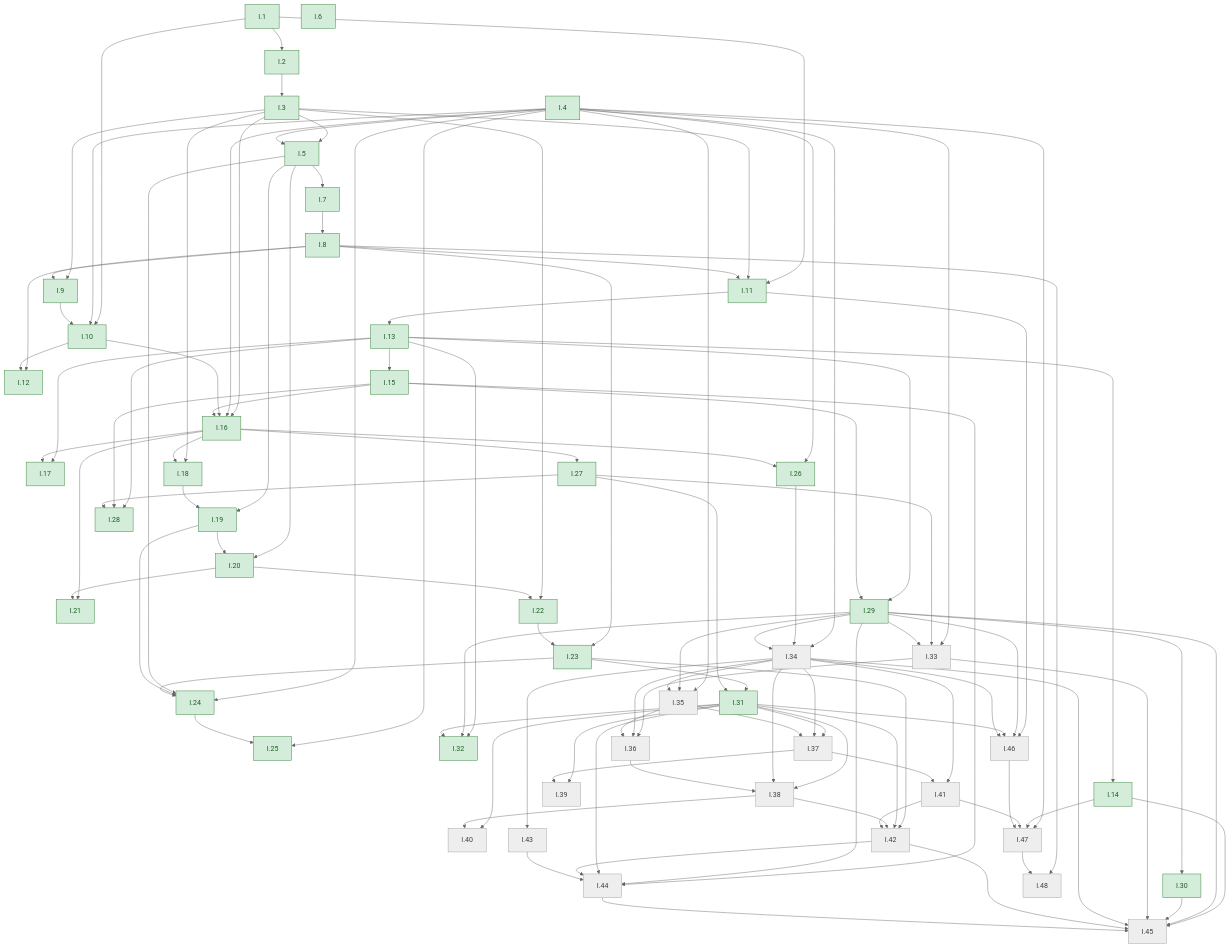
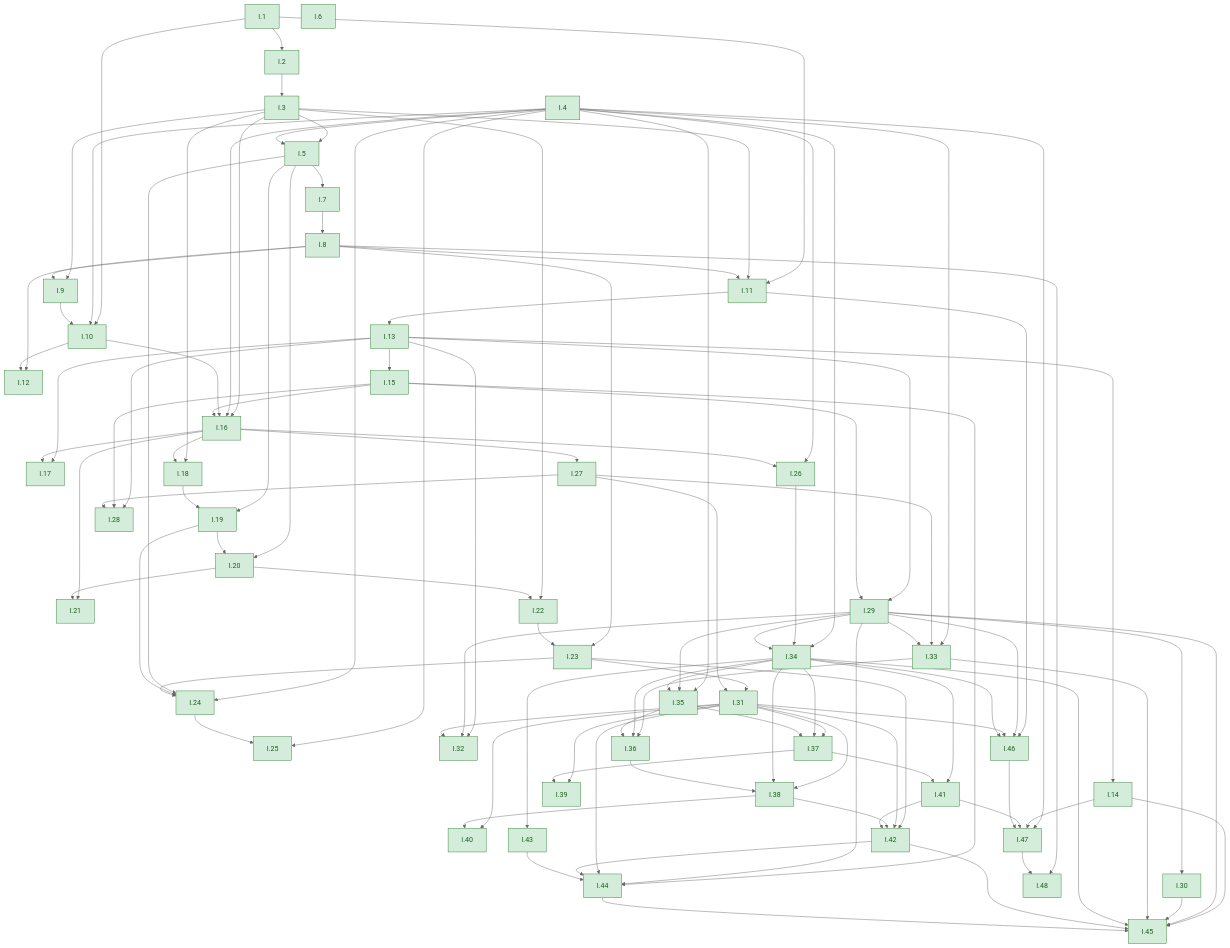
One commit to dodecaplex-co/stoicheia changed the diagram in GRAPH.md. Above: the diagram before and after it, drawn with Mermaid (neutral theme). The commit also changed 23 other files, not shown here.

````diff
--- a/GRAPH.md
+++ b/GRAPH.md
@@ -166,6 +166,5 @@
   I47 --> I48
   classDef proved fill:#d4edda,stroke:#2e7d32,color:#1b5e20
   classDef sketched fill:#eeeeee,stroke:#9e9e9e,color:#424242
-  class I1,I2,I3,I4,I5,I6,I7,I8,I9,I10,I11,I12,I13,I14,I15,I16,I17,I18,I19,I20,I21,I22,I23,I24,I25,I26,I27,I28,I29,I30,I31,I32 proved
-  class I33,I34,I35,I36,I37,I38,I39,I40,I41,I42,I43,I44,I45,I46,I47,I48 sketched
+  class I1,I2,I3,I4,I5,I6,I7,I8,I9,I10,I11,I12,I13,I14,I15,I16,I17,I18,I19,I20,I21,I22,I23,I24,I25,I26,I27,I28,I29,I30,I31,I32,I33,I34,I35,I36,I37,I38,I39,I40,I41,I42,I43,I44,I45,I46,I47,I48 proved
 ```
````
